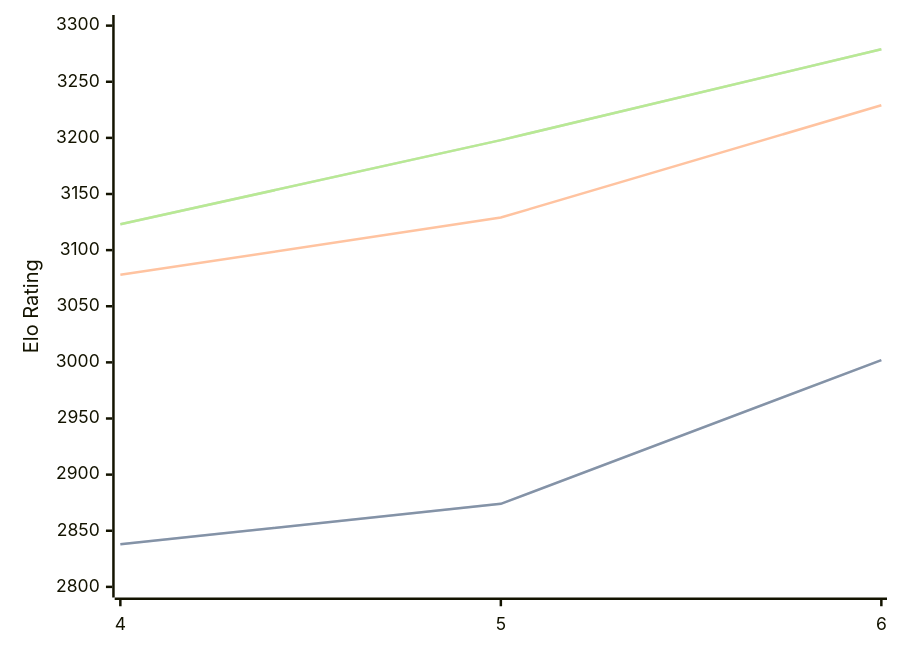
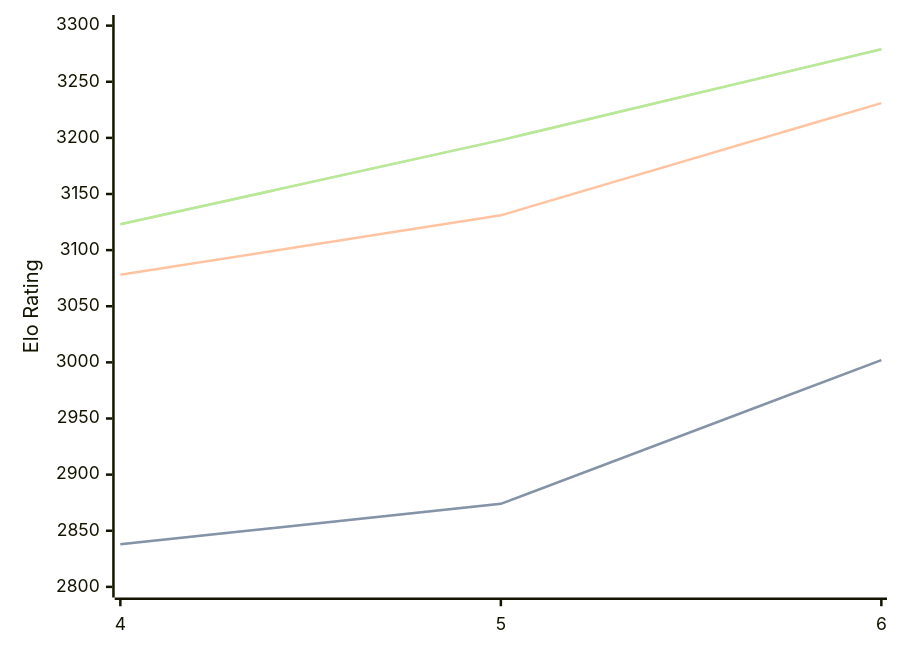
Before and after one commit to computer-chess-index/cci: the diagram in engines/Cwtch.md, drawn with Mermaid. The commit also changed other lines of this file, not shown here.

````diff
--- a/engines/Cwtch.md
+++ b/engines/Cwtch.md
@@ -34,11 +34,11 @@
 ```mermaid
 %%{init: {"theme":"base","themeVariables":{"seriesColors:['#a3a3a3','#222221','#faa371']}}}%%
 xychart-beta
   x-axis ["4", "5", "6"]
   y-axis "Elo Rating" 2800 --> 3300
   line "STC (8.0+0.08s)" [2838, 2874, 3002]
   line "STC (8.0+0.08s)" [2838, 2874, 3002]
-  line "LTC (60.0+0.60s)" [3078, 3129, 3229]
+  line "LTC (60.0+0.60s)" [3078, 3131, 3231]
   line "VLTC (2m24s+1.12s)" [3123, 3198, 3279]
   line "VLTC (2m24s+1.12s)" [3123, 3198, 3279]
 ```
````
